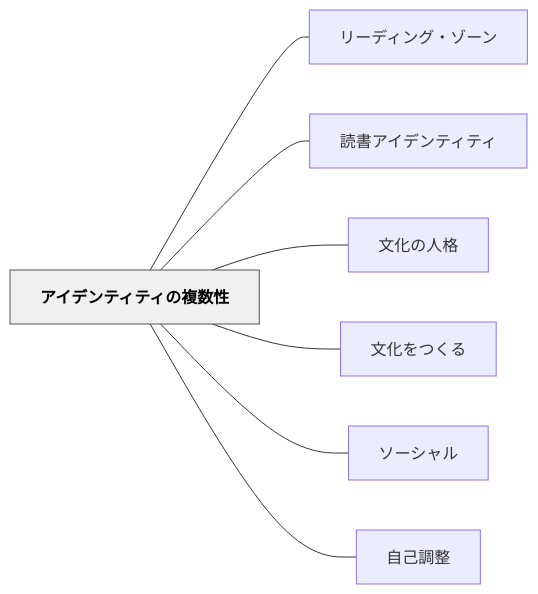
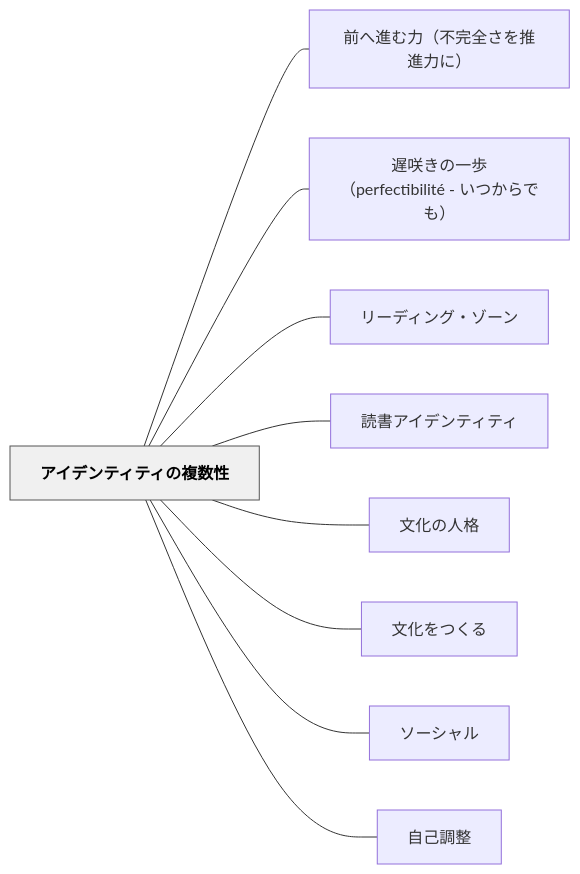
The diagram in content/パタン/アイデンティティの複数性.md (unknownthings-ed-patterns/unknownthings-ed-patterns), drawn with Mermaid before and after one commit. The commit also changed other lines of this file and 185 other files, not shown here.

````diff
--- a/content/パタン/アイデンティティの複数性.md
+++ b/content/パタン/アイデンティティの複数性.md
@@ -53,20 +55,24 @@
 ```mermaid
 flowchart LR
     ne382a2e382a4e38387e383b3e38386e382a3e38386e382a3e381aee8a487e695b0e680a7["アイデンティティの複数性"]
+    ne5898de381b8e980b2e38280e58a9befbc88e4b88de5ae8ce585a8e38195e38292e68ea8e980b2e58a9be381abefbc89["前へ進む力（不完全さを推進力に）"]
+    ne98185e592b2e3818de381aee4b880e6ada9efbc88706572666563746962696c6974c3a9202d20e38184e381a4e3818be38289e381a7e38282efbc89["遅咲きの一歩（perfectibilité - いつからでも）"]
     ne383aae383bce38387e382a3e383b3e382b0e383bbe382bee383bce383b3["リーディング・ゾーン"]
     ne8aaade69bb8e382a2e382a4e38387e383b3e38386e382a3e38386e382a3["読書アイデンティティ"]
     ne69687e58c96e381aee4babae6a0bc["文化の人格"]
     ne69687e58c96e38292e381a4e3818fe3828b["文化をつくる"]
     ne382bde383bce382b7e383a3e383ab["ソーシャル"]
     ne887aae5b7b1e8aabfe695b4["自己調整"]
 
+    ne382a2e382a4e38387e383b3e38386e382a3e38386e382a3e381aee8a487e695b0e680a7 --- ne5898de381b8e980b2e38280e58a9befbc88e4b88de5ae8ce585a8e38195e38292e68ea8e980b2e58a9be381abefbc89
+    ne382a2e382a4e38387e383b3e38386e382a3e38386e382a3e381aee8a487e695b0e680a7 --- ne98185e592b2e3818de381aee4b880e6ada9efbc88706572666563746962696c6974c3a9202d20e38184e381a4e3818be38289e381a7e38282efbc89
     ne382a2e382a4e38387e383b3e38386e382a3e38386e382a3e381aee8a487e695b0e680a7 --- ne383aae383bce38387e382a3e383b3e382b0e383bbe382bee383bce383b3
     ne382a2e382a4e38387e383b3e38386e382a3e38386e382a3e381aee8a487e695b0e680a7 --- ne8aaade69bb8e382a2e382a4e38387e383b3e38386e382a3e38386e382a3
     ne382a2e382a4e38387e383b3e38386e382a3e38386e382a3e381aee8a487e695b0e680a7 --- ne69687e58c96e381aee4babae6a0bc
     ne382a2e382a4e38387e383b3e38386e382a3e38386e382a3e381aee8a487e695b0e680a7 --- ne69687e58c96e38292e381a4e3818fe3828b
     ne382a2e382a4e38387e383b3e38386e382a3e38386e382a3e381aee8a487e695b0e680a7 --- ne382bde383bce382b7e383a3e383ab
     ne382a2e382a4e38387e383b3e38386e382a3e38386e382a3e381aee8a487e695b0e680a7 --- ne887aae5b7b1e8aabfe695b4
 
     classDef hub fill:#f0f0f0,stroke:#555,color:#000,font-weight:bold
     class ne382a2e382a4e38387e383b3e38386e382a3e38386e382a3e381aee8a487e695b0e680a7 hub
 ```
````
